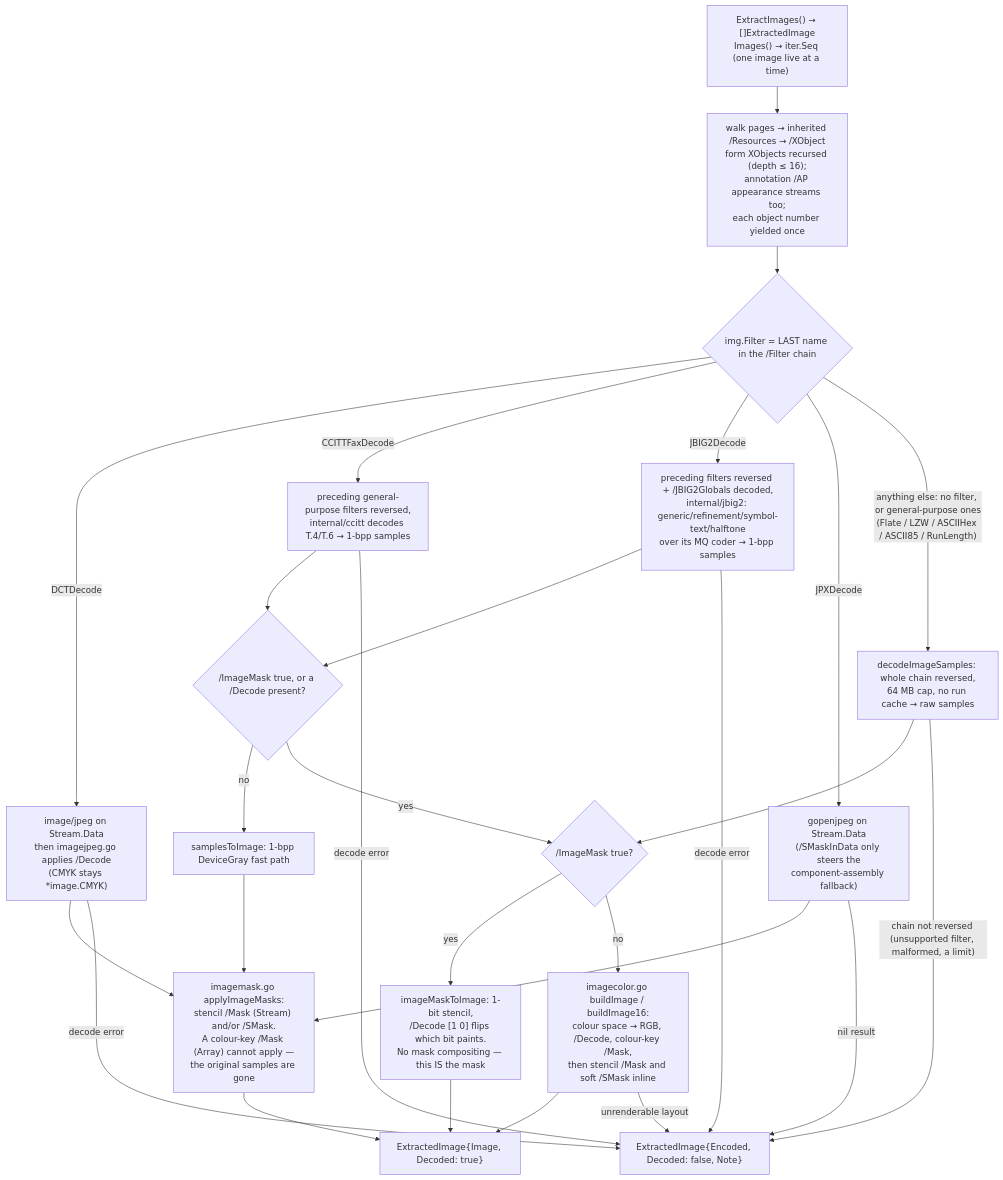
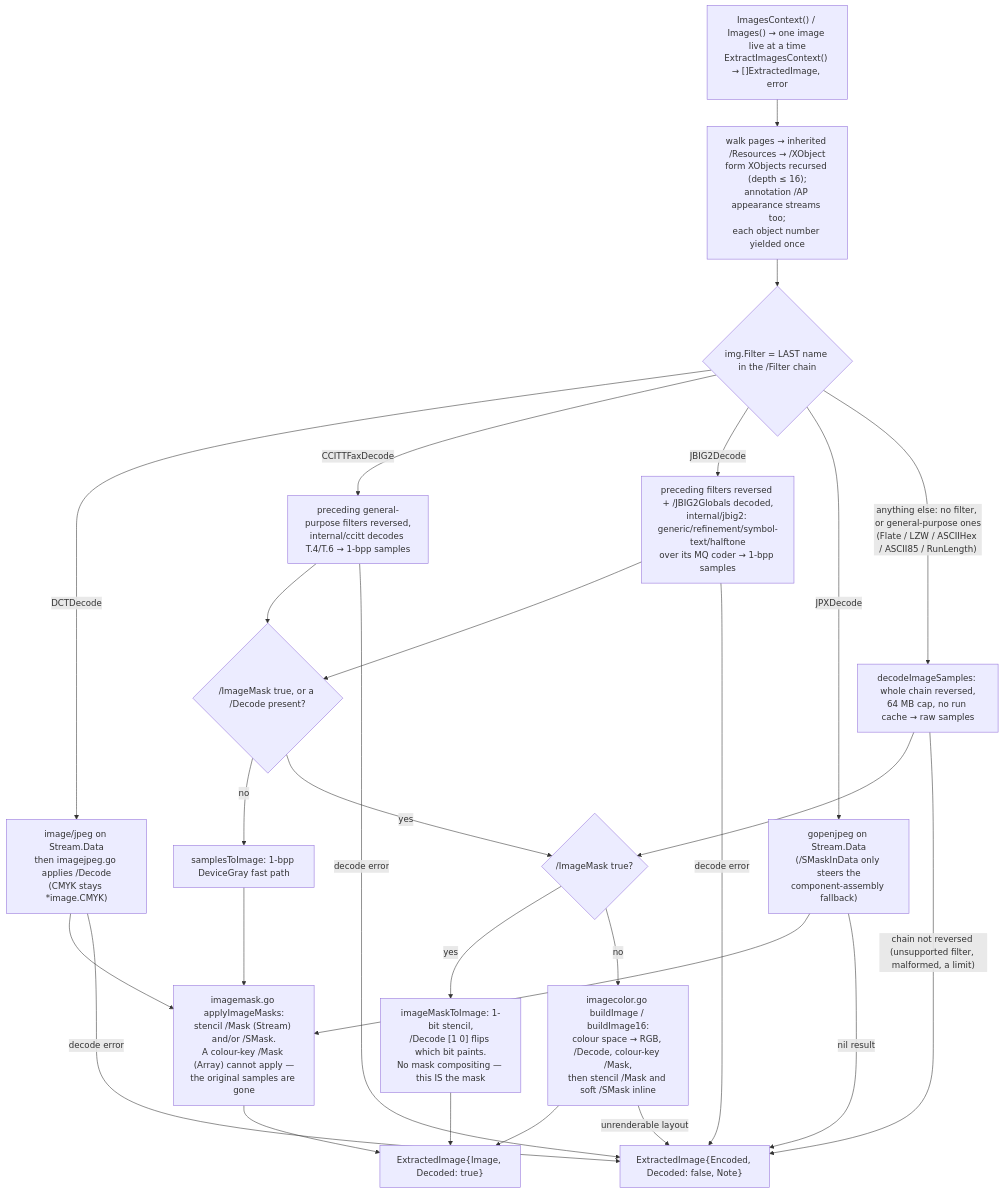
Before and after one commit to mgilbir/pdf0: the diagram in docs/images.md, drawn with Mermaid. The commit also changed other lines of this file and 4 other files, not shown here.

First line of the commit message:
images: lead with ImagesContext; option defaults are MiB

````diff
--- a/docs/images.md
+++ b/docs/images.md
@@ -183,29 +196,29 @@
 ```mermaid
 flowchart TD
-    E["ExtractImages() → []ExtractedImage<br/>Images() → iter.Seq (one image live at a time)"] --> W["walk pages → inherited /Resources → /XObject<br/>form XObjects recursed (depth ≤ 16);<br/>annotation /AP appearance streams too;<br/>each object number yielded once"]
+    E["ImagesContext() / Images() → one image live at a time<br/>ExtractImagesContext() → []ExtractedImage, error"] --> W["walk pages → inherited /Resources → /XObject<br/>form XObjects recursed (depth ≤ 16);<br/>annotation /AP appearance streams too;<br/>each object number yielded once"]
     W --> F{"img.Filter = LAST name in the /Filter chain"}
     F -->|DCTDecode| J["image/jpeg on Stream.Data<br/>then imagejpeg.go applies /Decode<br/>(CMYK stays *image.CMYK)"]
     F -->|CCITTFaxDecode| CC["preceding general-purpose filters reversed,<br/>internal/ccitt decodes T.4/T.6 → 1-bpp samples"]
     F -->|JBIG2Decode| JB["preceding filters reversed + /JBIG2Globals decoded,<br/>internal/jbig2: generic/refinement/symbol-text/halftone<br/>over its MQ coder → 1-bpp samples"]
     F -->|JPXDecode| JP["gopenjpeg on Stream.Data<br/>(/SMaskInData only steers the<br/>component-assembly fallback)"]
     F -->|"anything else: no filter, or general-purpose ones<br/>(Flate / LZW / ASCIIHex / ASCII85 / RunLength)"| RAW["decodeImageSamples: whole chain reversed,<br/>64 MB cap, no run cache → raw samples"]
     CC --> BL{"/ImageMask true, or a /Decode present?"}
     JB --> BL
     BL -->|no| FAST["samplesToImage: 1-bpp DeviceGray fast path"]
     BL -->|yes| CS
     RAW --> CS{"/ImageMask true?"}
     CS -->|yes| ST["imageMaskToImage: 1-bit stencil,<br/>/Decode [1 0] flips which bit paints.<br/>No mask compositing — this IS the mask"]
     CS -->|no| COL["imagecolor.go buildImage / buildImage16:<br/>colour space → RGB, /Decode, colour-key /Mask,<br/>then stencil /Mask and soft /SMask inline"]
     J --> MSK["imagemask.go applyImageMasks:<br/>stencil /Mask (Stream) and/or /SMask.<br/>A colour-key /Mask (Array) cannot apply —<br/>the original samples are gone"]
     JP --> MSK
     FAST --> MSK
     COL --> OUT["ExtractedImage{Image, Decoded: true}"]
     ST --> OUT
     MSK --> OUT
     J -->|decode error| UN["ExtractedImage{Encoded, Decoded: false, Note}"]
     CC -->|decode error| UN
     JB -->|decode error| UN
     JP -->|nil result| UN
     RAW -->|"chain not reversed (unsupported filter, malformed, a limit)"| UN
     COL -->|unrenderable layout| UN
 ```
````
